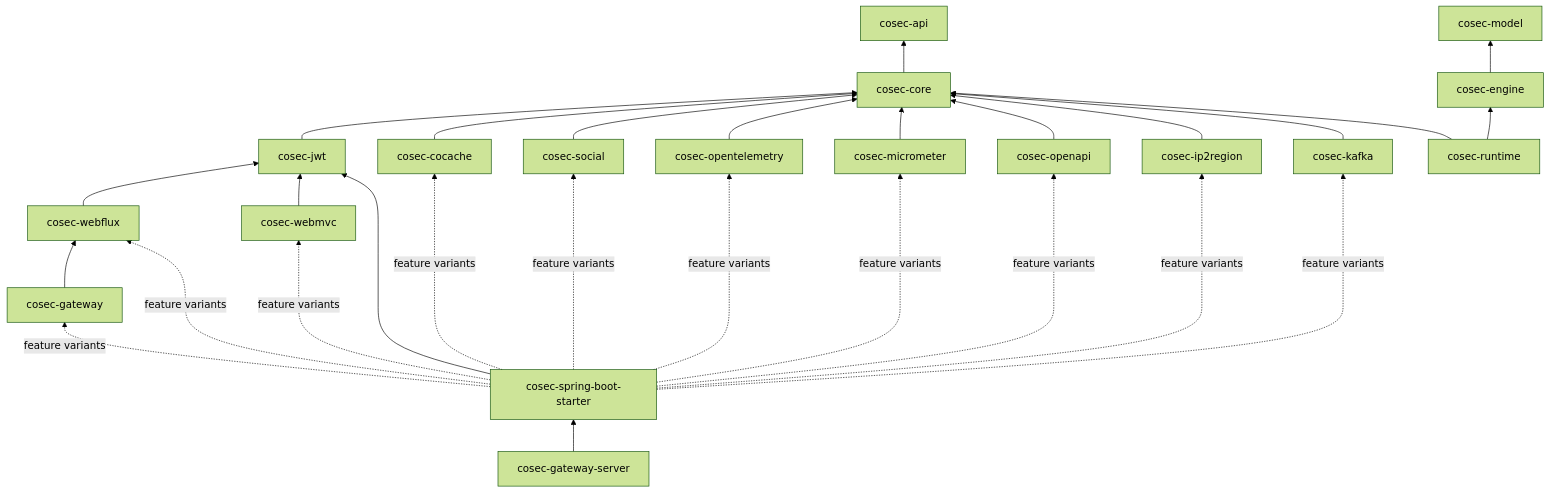
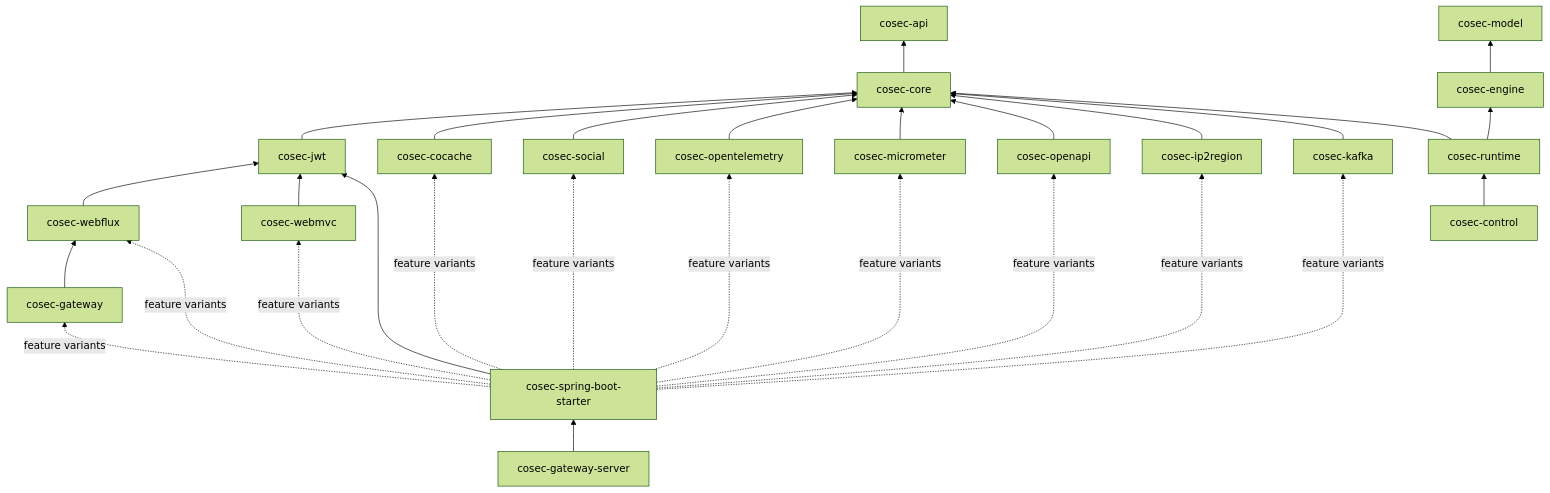
The first of 3 diagrams in wiki/architecture/overview.md (Ahoo-Wang/CoSec), drawn with Mermaid (forest theme) before and after one commit. The commit also changed other lines of this file and 5 other files, not shown here.

````diff
--- a/wiki/architecture/overview.md
+++ b/wiki/architecture/overview.md
@@ -27,22 +27,23 @@
 ```mermaid
 flowchart BT
     api[cosec-api]
     core[cosec-core] --> api
     jwt[cosec-jwt] --> core
     cocache[cosec-cocache] --> core
     social[cosec-social] --> core
     otel[cosec-opentelemetry] --> core
     micrometer[cosec-micrometer] --> core
     openapi[cosec-openapi] --> core
     ip2r[cosec-ip2region] --> core
     kafka[cosec-kafka] --> core
     webflux[cosec-webflux] --> jwt
     webmvc[cosec-webmvc] --> jwt
     gateway[cosec-gateway] --> webflux
     starter[cosec-spring-boot-starter] --> jwt
     starter -. feature variants .-> webflux & webmvc & gateway & cocache & social & otel & micrometer & openapi & ip2r & kafka
     server[cosec-gateway-server] --> starter
     model[cosec-model]
     engine[cosec-engine] --> model
     runtime[cosec-runtime] --> engine & core
+    control[cosec-control] --> runtime
 ```
````
